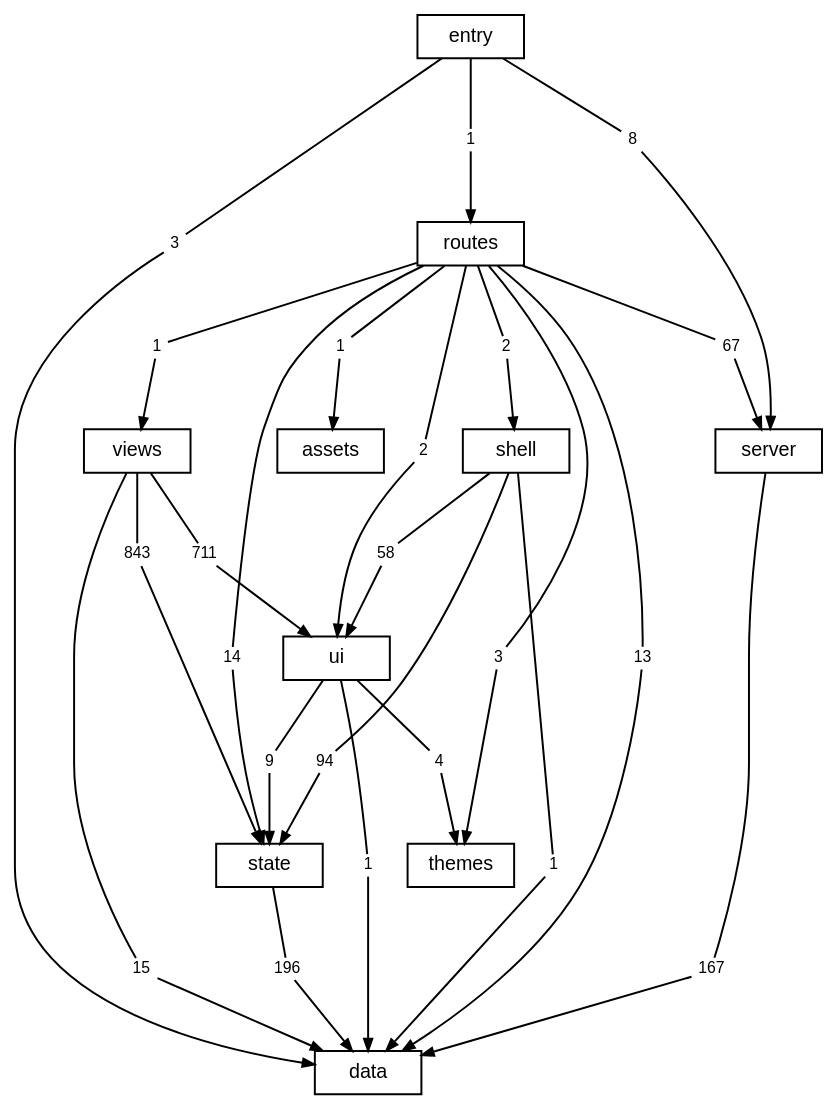
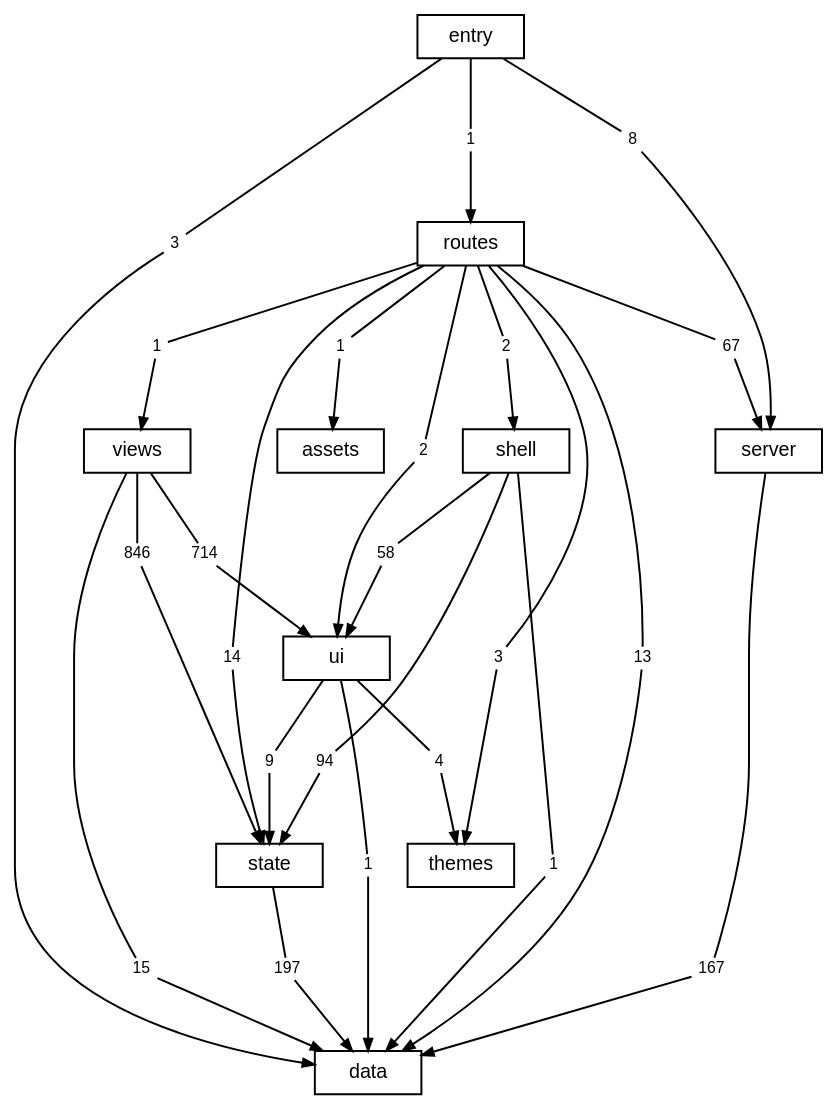
One commit to TheAxeC/oculus changed the diagram in docs/diagrams/layers.dot. Above: the diagram before and after it, drawn with Graphviz. The commit also changed 43 other files, not shown here.

```diff
--- a/docs/diagrams/layers.dot
+++ b/docs/diagrams/layers.dot
@@ -1,81 +1,81 @@
 digraph layers {
     graph [bgcolor="transparent", rankdir=TB, newrank=true, fontname="Helvetica,Arial,sans-serif", fontsize=12, nodesep=0.2, ranksep=0.5];
     node [shape=box, color="black", fontcolor="black", fontname="Helvetica,Arial,sans-serif", fontsize=10, height=0.3, margin="0.12,0.04"];
     edge [color="black", fontcolor="black", fontname="Helvetica,Arial,sans-serif", fontsize=8, arrowsize=0.6];
     "data";
     "server";
     "state";
     "ui";
     "shell";
     "views";
     "themes";
     "routes";
     "src" [label="entry"];
     "files: assets" [label="assets"];
     "routes to data" [label="13", shape=box, color="transparent", fontsize=8, width=0, height=0, margin="0.04,0.02"];
     "routes" -> "routes to data" [arrowhead=none];
     "routes to data" -> "data" [];
     "routes to files: assets" [label="1", shape=box, color="transparent", fontsize=8, width=0, height=0, margin="0.04,0.02"];
     "routes" -> "routes to files: assets" [arrowhead=none];
     "routes to files: assets" -> "files: assets" [];
     "routes to server" [label="67", shape=box, color="transparent", fontsize=8, width=0, height=0, margin="0.04,0.02"];
     "routes" -> "routes to server" [arrowhead=none];
     "routes to server" -> "server" [];
     "routes to shell" [label="2", shape=box, color="transparent", fontsize=8, width=0, height=0, margin="0.04,0.02"];
     "routes" -> "routes to shell" [arrowhead=none];
     "routes to shell" -> "shell" [];
     "routes to state" [label="14", shape=box, color="transparent", fontsize=8, width=0, height=0, margin="0.04,0.02"];
     "routes" -> "routes to state" [arrowhead=none];
     "routes to state" -> "state" [];
     "routes to themes" [label="3", shape=box, color="transparent", fontsize=8, width=0, height=0, margin="0.04,0.02"];
     "routes" -> "routes to themes" [arrowhead=none];
     "routes to themes" -> "themes" [];
     "routes to ui" [label="2", shape=box, color="transparent", fontsize=8, width=0, height=0, margin="0.04,0.02"];
     "routes" -> "routes to ui" [arrowhead=none];
     "routes to ui" -> "ui" [];
     "routes to views" [label="1", shape=box, color="transparent", fontsize=8, width=0, height=0, margin="0.04,0.02"];
     "routes" -> "routes to views" [arrowhead=none];
     "routes to views" -> "views" [];
     "server to data" [label="167", shape=box, color="transparent", fontsize=8, width=0, height=0, margin="0.04,0.02"];
     "server" -> "server to data" [arrowhead=none];
     "server to data" -> "data" [];
     "shell to data" [label="1", shape=box, color="transparent", fontsize=8, width=0, height=0, margin="0.04,0.02"];
     "shell" -> "shell to data" [arrowhead=none];
     "shell to data" -> "data" [];
     "shell to state" [label="94", shape=box, color="transparent", fontsize=8, width=0, height=0, margin="0.04,0.02"];
     "shell" -> "shell to state" [arrowhead=none];
     "shell to state" -> "state" [];
     "shell to ui" [label="58", shape=box, color="transparent", fontsize=8, width=0, height=0, margin="0.04,0.02"];
     "shell" -> "shell to ui" [arrowhead=none];
     "shell to ui" -> "ui" [];
     "src to data" [label="3", shape=box, color="transparent", fontsize=8, width=0, height=0, margin="0.04,0.02"];
     "src" -> "src to data" [arrowhead=none];
     "src to data" -> "data" [];
     "src to routes" [label="1", shape=box, color="transparent", fontsize=8, width=0, height=0, margin="0.04,0.02"];
     "src" -> "src to routes" [arrowhead=none];
     "src to routes" -> "routes" [];
     "src to server" [label="8", shape=box, color="transparent", fontsize=8, width=0, height=0, margin="0.04,0.02"];
     "src" -> "src to server" [arrowhead=none];
     "src to server" -> "server" [];
-    "state to data" [label="196", shape=box, color="transparent", fontsize=8, width=0, height=0, margin="0.04,0.02"];
+    "state to data" [label="197", shape=box, color="transparent", fontsize=8, width=0, height=0, margin="0.04,0.02"];
     "state" -> "state to data" [arrowhead=none];
     "state to data" -> "data" [];
     "ui to data" [label="1", shape=box, color="transparent", fontsize=8, width=0, height=0, margin="0.04,0.02"];
     "ui" -> "ui to data" [arrowhead=none];
     "ui to data" -> "data" [];
     "ui to state" [label="9", shape=box, color="transparent", fontsize=8, width=0, height=0, margin="0.04,0.02"];
     "ui" -> "ui to state" [arrowhead=none];
     "ui to state" -> "state" [];
     "ui to themes" [label="4", shape=box, color="transparent", fontsize=8, width=0, height=0, margin="0.04,0.02"];
     "ui" -> "ui to themes" [arrowhead=none];
     "ui to themes" -> "themes" [];
     "views to data" [label="15", shape=box, color="transparent", fontsize=8, width=0, height=0, margin="0.04,0.02"];
     "views" -> "views to data" [arrowhead=none];
     "views to data" -> "data" [];
-    "views to state" [label="843", shape=box, color="transparent", fontsize=8, width=0, height=0, margin="0.04,0.02"];
+    "views to state" [label="846", shape=box, color="transparent", fontsize=8, width=0, height=0, margin="0.04,0.02"];
     "views" -> "views to state" [arrowhead=none];
     "views to state" -> "state" [];
-    "views to ui" [label="711", shape=box, color="transparent", fontsize=8, width=0, height=0, margin="0.04,0.02"];
+    "views to ui" [label="714", shape=box, color="transparent", fontsize=8, width=0, height=0, margin="0.04,0.02"];
     "views" -> "views to ui" [arrowhead=none];
     "views to ui" -> "ui" [];
 }
```
